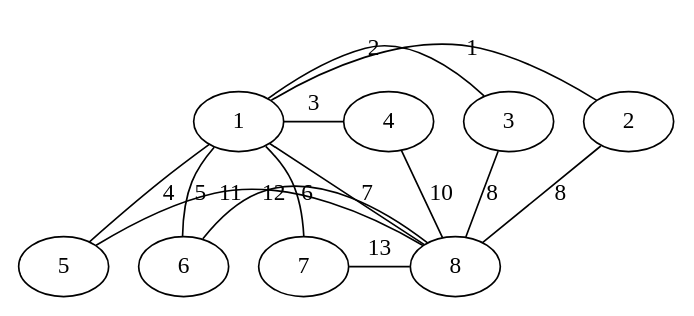
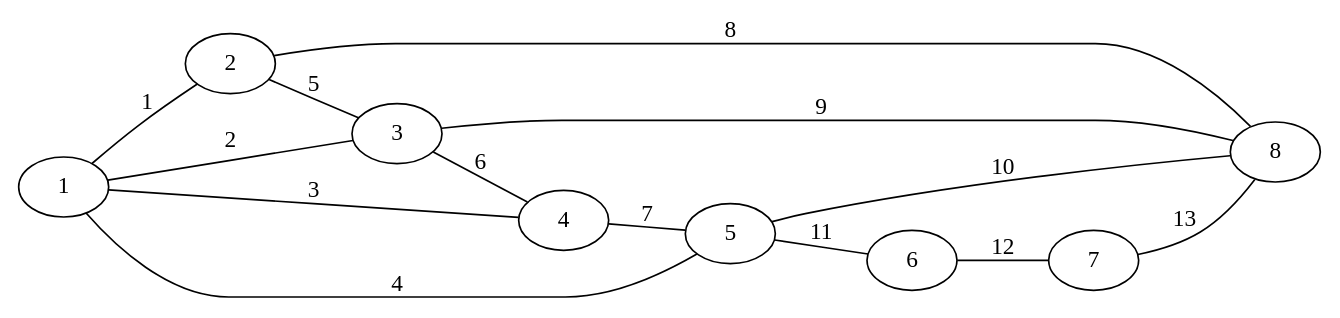
One commit to bcatalfo/Math-Solutions changed diagram 48 of 48 in docs/Koh-Dong-Tay-Introduction-to-Graph-Theory/Chapter-1.md. Above: the diagram before and after it, drawn with Graphviz. The commit also changed other lines of this file and 1 other file, not shown here.

Commit message:
More progress on Exercise 1.3 (11).

````diff
--- a/docs/Koh-Dong-Tay-Introduction-to-Graph-Theory/Chapter-1.md
+++ b/docs/Koh-Dong-Tay-Introduction-to-Graph-Theory/Chapter-1.md
@@ -2024,32 +2024,21 @@
 ```dot
 graph {
-    {
-        rank = same
-        1
-        2
-        3
-        4
-    }
-    {
-        rank = same
-        5
-        6
-        7
-        8
-    }
+    rankdir="LR"
     1 -- 2 [label=1]
     1 -- 3 [label=2]
     1 -- 4 [label=3]
     1 -- 5 [label=4]
-    1 -- 6 [label=5]
-    1 -- 7 [label=6]
-    1 -- 8 [label=7]
+
+    2 -- 3 [label=5]
+    3 -- 4 [label=6]
+    4 -- 5 [label=7]
 
     2 -- 8 [label=8]
-    3 -- 8 [label=8]
-    4 -- 8 [label=10]
-    5 -- 8 [label=11]
-    6 -- 8 [label=12]
+    3 -- 8 [label=9]
+    5 -- 8 [label=10]
+
+    5 -- 6 [label=11]
+    6 -- 7 [label=12]
     7 -- 8 [label=13]
 }
 ```
````
